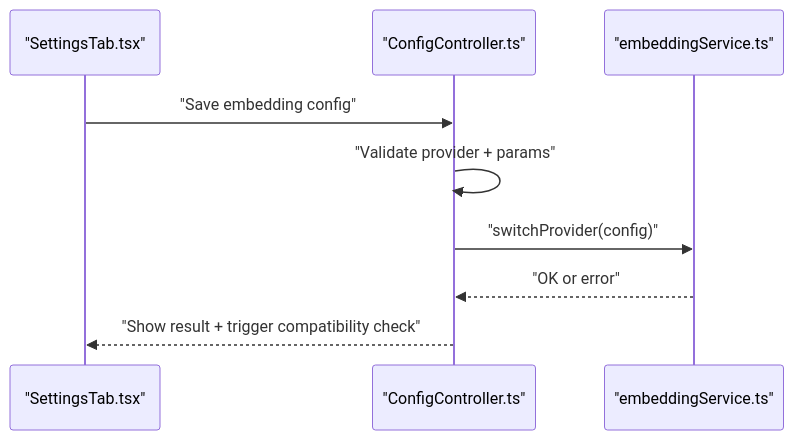
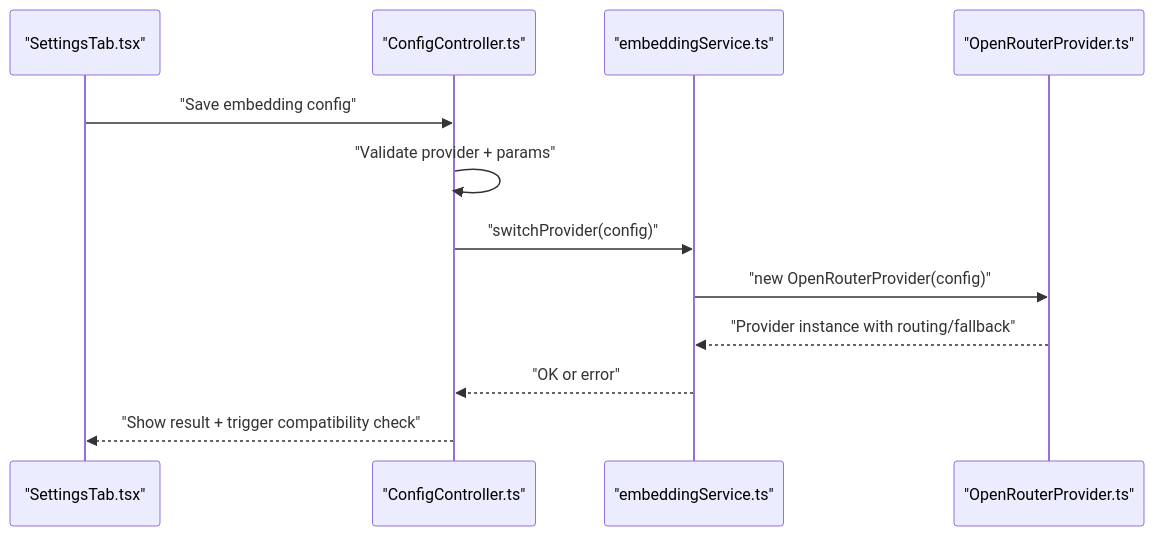
The fourth of 11 diagrams in .qoder/repowiki/en/content/Configuration Management/Configuration Management.md (bramburn/repomix-runner), drawn with Mermaid before and after one commit. The commit also changed other lines of this file and 14 other files, not shown here.

````diff
--- a/.qoder/repowiki/en/content/Configuration Management/Configuration Management.md
+++ b/.qoder/repowiki/en/content/Configuration Management/Configuration Management.md
@@ -317,11 +336,14 @@
 ```mermaid
 sequenceDiagram
 participant UI as "SettingsTab.tsx"
 participant Ctrl as "ConfigController.ts"
-participant EMB as "embeddingService.ts"
+participant EmbedSvc as "embeddingService.ts"
+participant OpenRouter as "OpenRouterProvider.ts"
 UI->>Ctrl : "Save embedding config"
 Ctrl->>Ctrl : "Validate provider + params"
-Ctrl->>EMB : "switchProvider(config)"
-EMB-->>Ctrl : "OK or error"
+Ctrl->>EmbedSvc : "switchProvider(config)"
+EmbedSvc->>OpenRouter : "new OpenRouterProvider(config)"
+OpenRouter-->>EmbedSvc : "Provider instance with routing/fallback"
+EmbedSvc-->>Ctrl : "OK or error"
 Ctrl-->>UI : "Show result + trigger compatibility check"
 ```
````
